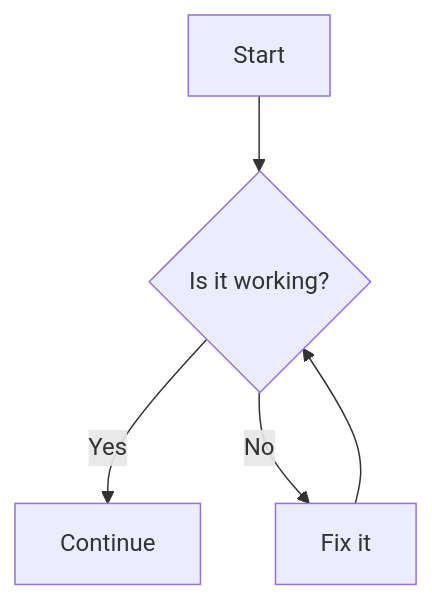
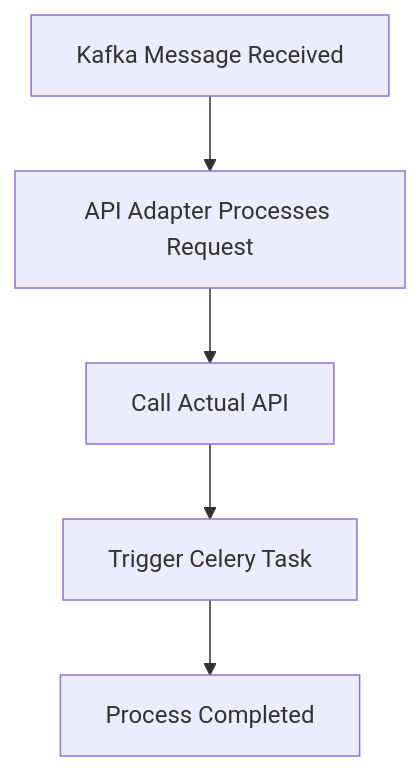
The first of 2 diagrams in mermaid-workflow.md (Nik35/FastAPIStructure), drawn with Mermaid before and after one commit. The commit also changed other lines of this file, not shown here.

Commit message:
Update mermaid-workflow.md with new content

````diff
--- a/mermaid-workflow.md
+++ b/mermaid-workflow.md
@@ -6,7 +6,7 @@
 ```mermaid
 flowchart TD
-    A[Start] --> B{Is it working?}
-    B -->|Yes| C[Continue]
-    B -->|No| D[Fix it]
-    D --> B
+    A[Kafka Message Received] --> B[API Adapter Processes Request]
+    B --> C[Call Actual API]
+    C --> D[Trigger Celery Task]
+    D --> E[Process Completed]
 ```
````
